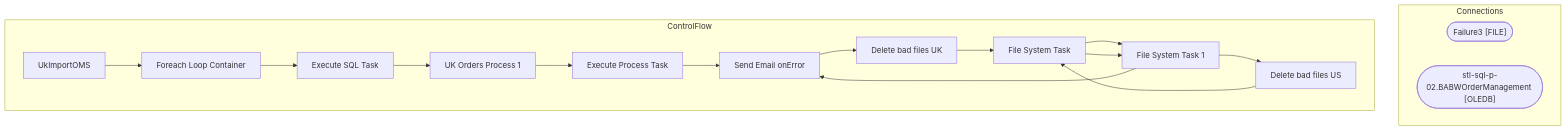
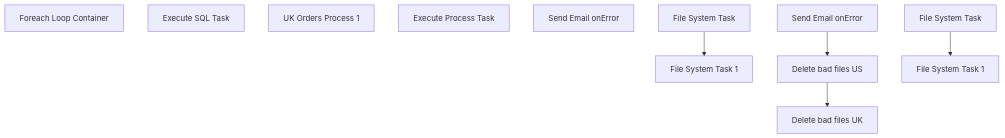
Before and after one commit to juanandresbrain/BABSkills: the diagram in bab-docs-explorer/Documentation/STL-SSIS-P-01/SSIS/SSIS/WebOrderProcessing.UkImportOMS.md, drawn with Mermaid. The commit also changed other lines of this file and 273 other files, not shown here.

````diff
--- a/bab-docs-explorer/Documentation/STL-SSIS-P-01/SSIS/SSIS/WebOrderProcessing.UkImportOMS.md
+++ b/bab-docs-explorer/Documentation/STL-SSIS-P-01/SSIS/SSIS/WebOrderProcessing.UkImportOMS.md
@@ -9,34 +51,19 @@
 ```mermaid
 flowchart TD
-    subgraph Connections
-        Failure3_conn(["Failure3 [FILE]"])
-        stl_sql_p_02_BABWOrderManagement_conn(["stl-sql-p-02.BABWOrderManagement [OLEDB]"])
-    end
-    subgraph ControlFlow
-        UkImportOMS_task["UkImportOMS"]
-        Foreach_Loop_Container_task["Foreach Loop Container"]
-        UkImportOMS_task --> Foreach_Loop_Container_task
-        Execute_SQL_Task_task["Execute SQL Task"]
-        Foreach_Loop_Container_task --> Execute_SQL_Task_task
-        UK_Orders_Process_1_task["UK Orders Process 1"]
-        Execute_SQL_Task_task --> UK_Orders_Process_1_task
-        Execute_Process_Task_task["Execute Process Task"]
-        UK_Orders_Process_1_task --> Execute_Process_Task_task
-        Send_Email_onError_task["Send Email onError"]
-        Execute_Process_Task_task --> Send_Email_onError_task
-        Delete_bad_files_UK_task["Delete bad files UK"]
-        Send_Email_onError_task --> Delete_bad_files_UK_task
-        File_System_Task_task["File System Task"]
-        Delete_bad_files_UK_task --> File_System_Task_task
-        File_System_Task_1_task["File System Task 1"]
-        File_System_Task_task --> File_System_Task_1_task
-        Delete_bad_files_US_task["Delete bad files US"]
-        File_System_Task_1_task --> Delete_bad_files_US_task
-        File_System_Task_task["File System Task"]
-        Delete_bad_files_US_task --> File_System_Task_task
-        File_System_Task_1_task["File System Task 1"]
-        File_System_Task_task --> File_System_Task_1_task
-        Send_Email_onError_task["Send Email onError"]
-        File_System_Task_1_task --> Send_Email_onError_task
-    end
+    n_Package_Foreach_Loop_Container["Foreach Loop Container"]
+    n_Package_Foreach_Loop_Container_Execute_SQL_Task["Execute SQL Task"]
+    n_Package_UK_Orders_Process_1["UK Orders Process 1"]
+    n_Package_UK_Orders_Process_1_Execute_Process_Task["Execute Process Task"]
+    n_Package_EventHandlers_OnError__Send_Email_onError["Send Email onError"]
+    n_Package_EventHandlers_OnTaskFailed__Delete_bad_files_UK["Delete bad files UK"]
+    n_Package_EventHandlers_OnTaskFailed__Delete_bad_files_UK_File_System_Task["File System Task"]
+    n_Package_EventHandlers_OnTaskFailed__Delete_bad_files_UK_File_System_Task_1["File System Task 1"]
+    n_Package_EventHandlers_OnTaskFailed__Delete_bad_files_US["Delete bad files US"]
+    n_Package_EventHandlers_OnTaskFailed__Delete_bad_files_US_File_System_Task["File System Task"]
+    n_Package_EventHandlers_OnTaskFailed__Delete_bad_files_US_File_System_Task_1["File System Task 1"]
+    n_Package_EventHandlers_OnTaskFailed__Send_Email_onError["Send Email onError"]
+    n_Package_EventHandlers_OnTaskFailed__Delete_bad_files_UK_File_System_Task --> n_Package_EventHandlers_OnTaskFailed__Delete_bad_files_UK_File_System_Task_1
+    n_Package_EventHandlers_OnTaskFailed__Delete_bad_files_US_File_System_Task --> n_Package_EventHandlers_OnTaskFailed__Delete_bad_files_US_File_System_Task_1
+    n_Package_EventHandlers_OnTaskFailed__Delete_bad_files_US --> n_Package_EventHandlers_OnTaskFailed__Delete_bad_files_UK
+    n_Package_EventHandlers_OnTaskFailed__Send_Email_onError --> n_Package_EventHandlers_OnTaskFailed__Delete_bad_files_US
 ```
````
